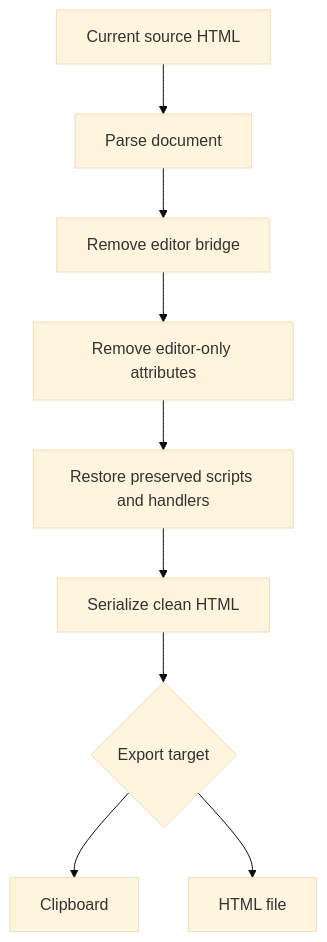
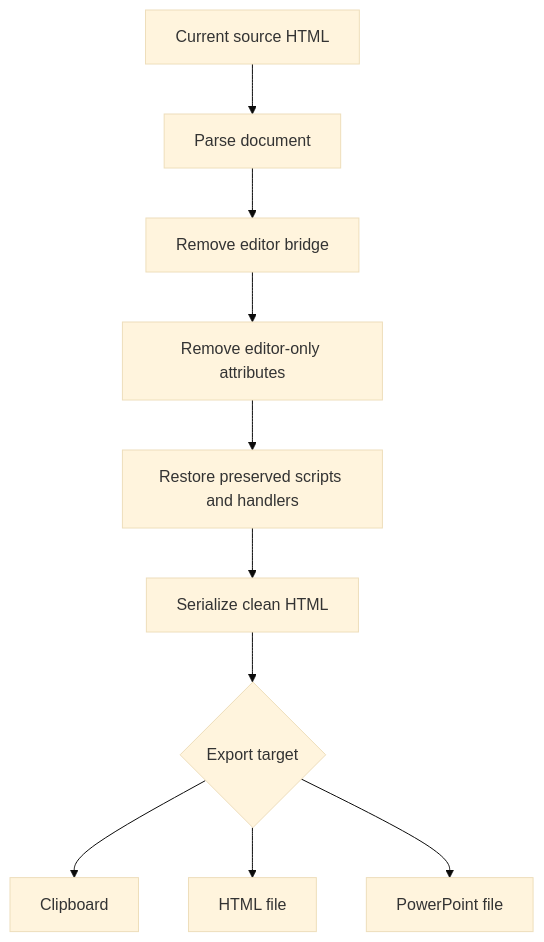
One commit to gustavorubim/cosmic-canvas changed the fourth of 4 diagrams in README.md. Above: the diagram before and after it, drawn with Mermaid (base theme). The commit also changed other lines of this file and 17 other files, not shown here.

Commit message:
Add high-fidelity PowerPoint export

````diff
--- a/README.md
+++ b/README.md
@@ -116,11 +117,12 @@
 ```mermaid
 flowchart TD
   Current["Current source HTML"] --> Parse["Parse document"]
   Parse --> RemoveBridge["Remove editor bridge"]
   RemoveBridge --> RemoveMarkers["Remove editor-only attributes"]
   RemoveMarkers --> RestoreScripts["Restore preserved scripts and handlers"]
   RestoreScripts --> Serialize["Serialize clean HTML"]
   Serialize --> Output{"Export target"}
   Output --> Copy["Clipboard"]
   Output --> Download["HTML file"]
+  Output --> Pptx["PowerPoint file"]
 ```
````
